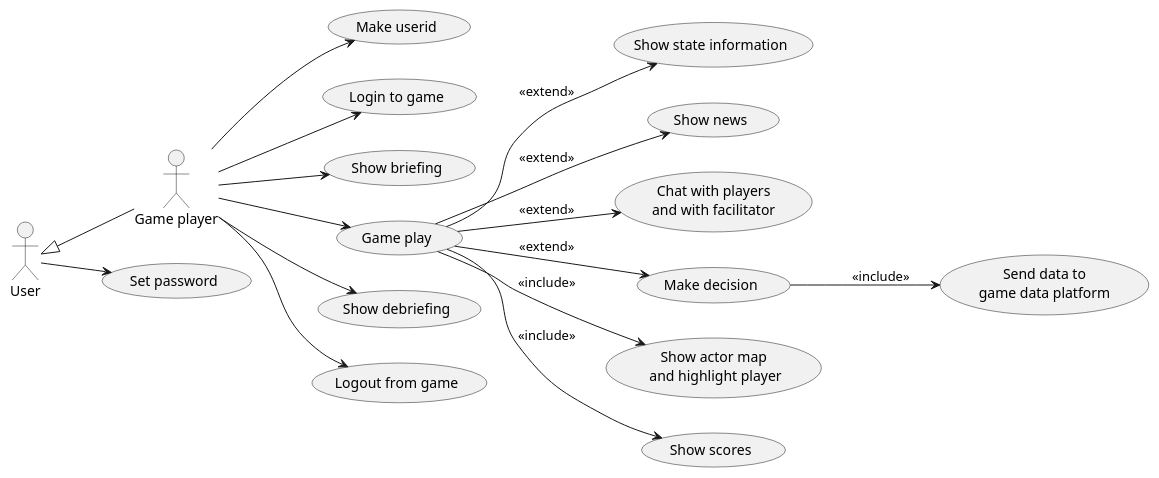
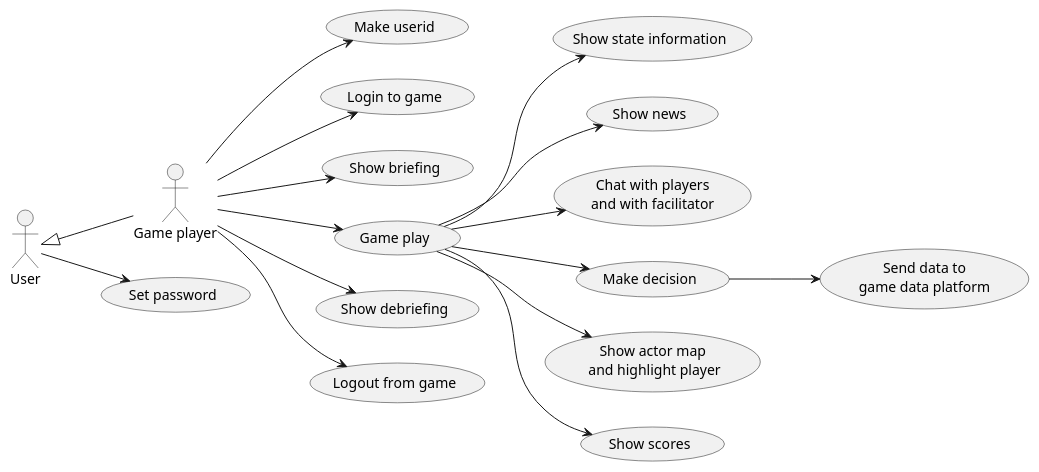
One commit to averbraeck/gscg-design changed the diagram in doc/1-use-cases/diagrams/game-play.puml. Above: the diagram before and after it, drawn with PlantUML. The commit also changed 5 other files, not shown here.

Commit message:
Issue #13. Simplify diagrams by removing <<include>> and <<extend>> labels

```diff
--- a/doc/1-use-cases/diagrams/game-play.puml
+++ b/doc/1-use-cases/diagrams/game-play.puml
@@ -1,28 +1,28 @@
 @startuml
 left to right direction
 
 "Game player" as GP
 User <|-- GP
 
 User --> (Set password)
 
 GP --> (Make userid)
 GP --> (Login to game)
 
 GP --> (Show briefing)
 
 GP --> (Game play)
-(Game play) --> (Show state information) : << extend >>
-(Game play) --> (Show news) : << extend >>
-(Game play) --> (Chat with players\nand with facilitator) : << extend >>
-(Game play) --> (Make decision) : << extend >>
-(Game play) --> (Show actor map\n and highlight player) : << include >>
-(Game play) --> (Show scores) : << include >>
+(Game play) --> (Show state information)
+(Game play) --> (Show news)
+(Game play) --> (Chat with players\nand with facilitator)
+(Game play) --> (Make decision)
+(Game play) --> (Show actor map\n and highlight player)
+(Game play) --> (Show scores)
 
-(Make decision) --> (Send data to\ngame data platform) : << include >>
+(Make decision) --> (Send data to\ngame data platform)
 
 GP --> (Show debriefing)
 
 GP --> (Logout from game)
 
 @enduml
```
